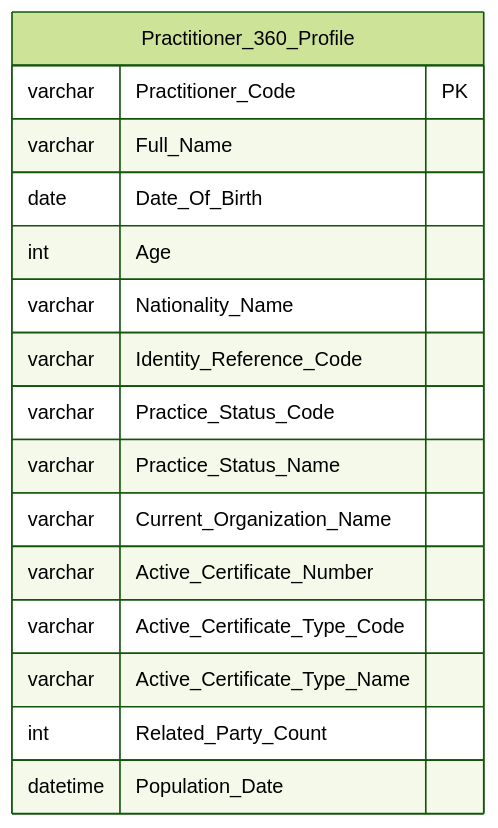
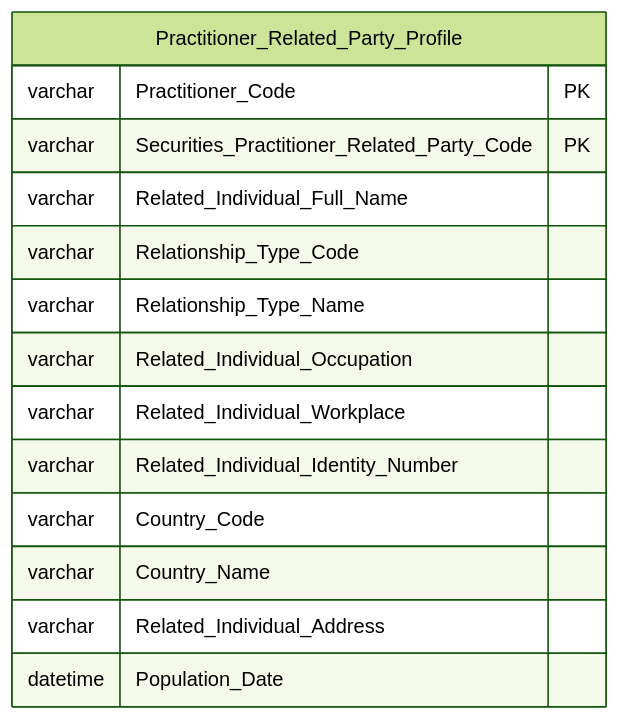
Before and after one commit to linhlvit/ubck_atomic_design: diagram 24 of 40 in Datamart/hld/DTM_NHNCK_HLD.md, drawn with Mermaid (forest theme). The commit also changed other lines of this file and 25 other files, not shown here.

````diff
--- a/Datamart/hld/DTM_NHNCK_HLD.md
+++ b/Datamart/hld/DTM_NHNCK_HLD.md
@@ -765,19 +1044,17 @@
 ```mermaid
 erDiagram
-    Practitioner_360_Profile {
+    Practitioner_Related_Party_Profile {
         varchar Practitioner_Code PK
-        varchar Full_Name
-        date Date_Of_Birth
-        int Age
-        varchar Nationality_Name
-        varchar Identity_Reference_Code
-        varchar Practice_Status_Code
-        varchar Practice_Status_Name
-        varchar Current_Organization_Name
-        varchar Active_Certificate_Number
-        varchar Active_Certificate_Type_Code
-        varchar Active_Certificate_Type_Name
-        int Related_Party_Count
+        varchar Securities_Practitioner_Related_Party_Code PK
+        varchar Related_Individual_Full_Name
+        varchar Relationship_Type_Code
+        varchar Relationship_Type_Name
+        varchar Related_Individual_Occupation
+        varchar Related_Individual_Workplace
+        varchar Related_Individual_Identity_Number
+        varchar Country_Code
+        varchar Country_Name
+        varchar Related_Individual_Address
         datetime Population_Date
     }
 ```
````
